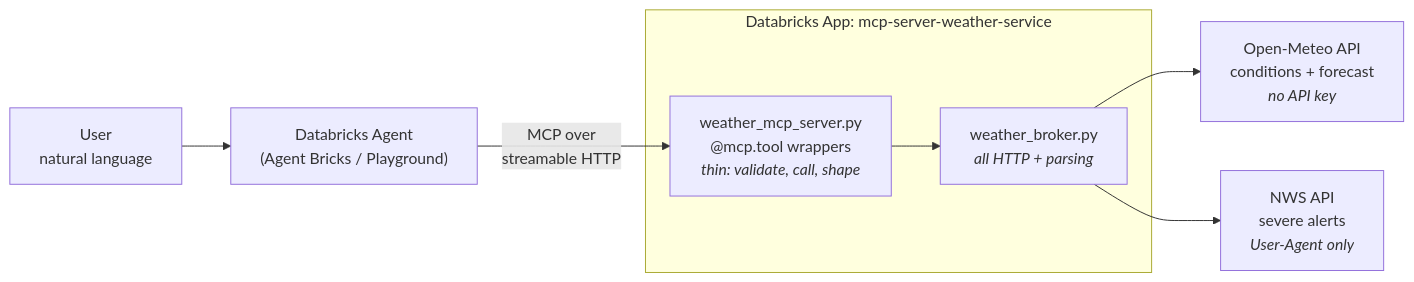
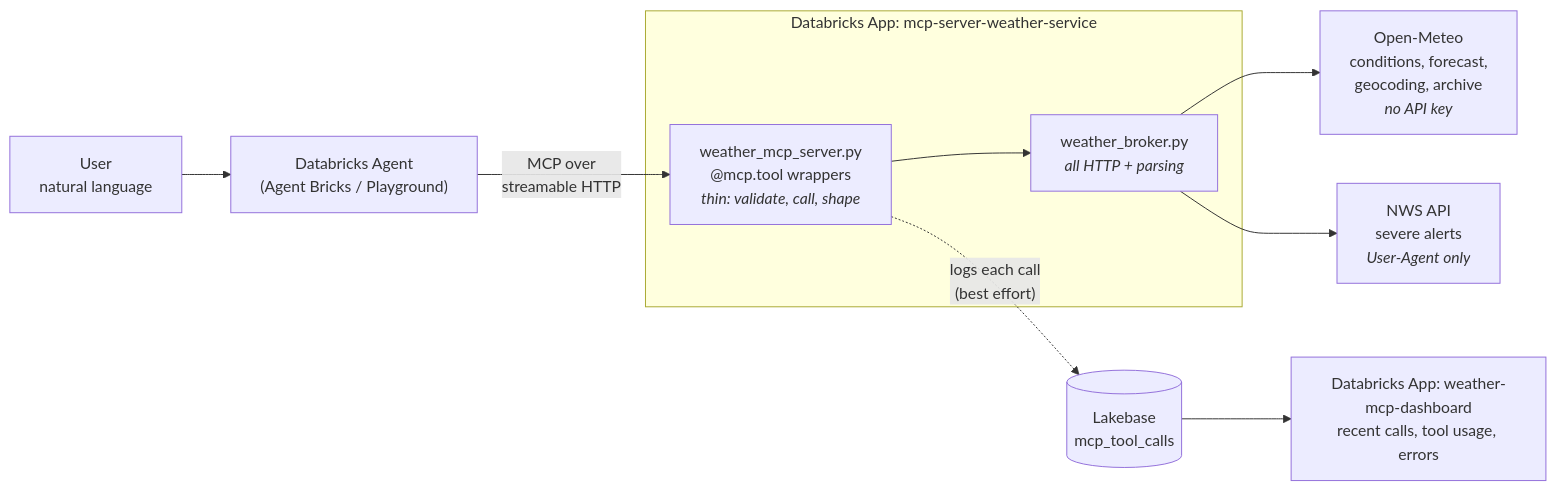
One commit to abhibastia/weather-mcp-agent changed the diagram in README.md. Above: the diagram before and after it, drawn with Mermaid. The commit also changed other lines of this file and 2 other files, not shown here.

````diff
--- a/README.md
+++ b/README.md
@@ -16,14 +31,17 @@
 ```mermaid
 flowchart LR
     U["User<br/>natural language"] --> A["Databricks Agent<br/>(Agent Bricks / Playground)"]
     A -- "MCP over<br/>streamable HTTP" --> S
 
     subgraph APP["Databricks App: mcp-server-weather-service"]
         S["weather_mcp_server.py<br/>@mcp.tool wrappers<br/><i>thin: validate, call, shape</i>"]
         B["weather_broker.py<br/><i>all HTTP + parsing</i>"]
         S --> B
     end
 
-    B --> OM["Open-Meteo API<br/>conditions + forecast<br/><i>no API key</i>"]
+    B --> OM["Open-Meteo<br/>conditions, forecast,<br/>geocoding, archive<br/><i>no API key</i>"]
     B --> NWS["NWS API<br/>severe alerts<br/><i>User-Agent only</i>"]
+
+    S -. "logs each call<br/>(best effort)" .-> LB[("Lakebase<br/>mcp_tool_calls")]
+    LB --> D["Databricks App: weather-mcp-dashboard<br/>recent calls, tool usage, errors"]
 ```
````
